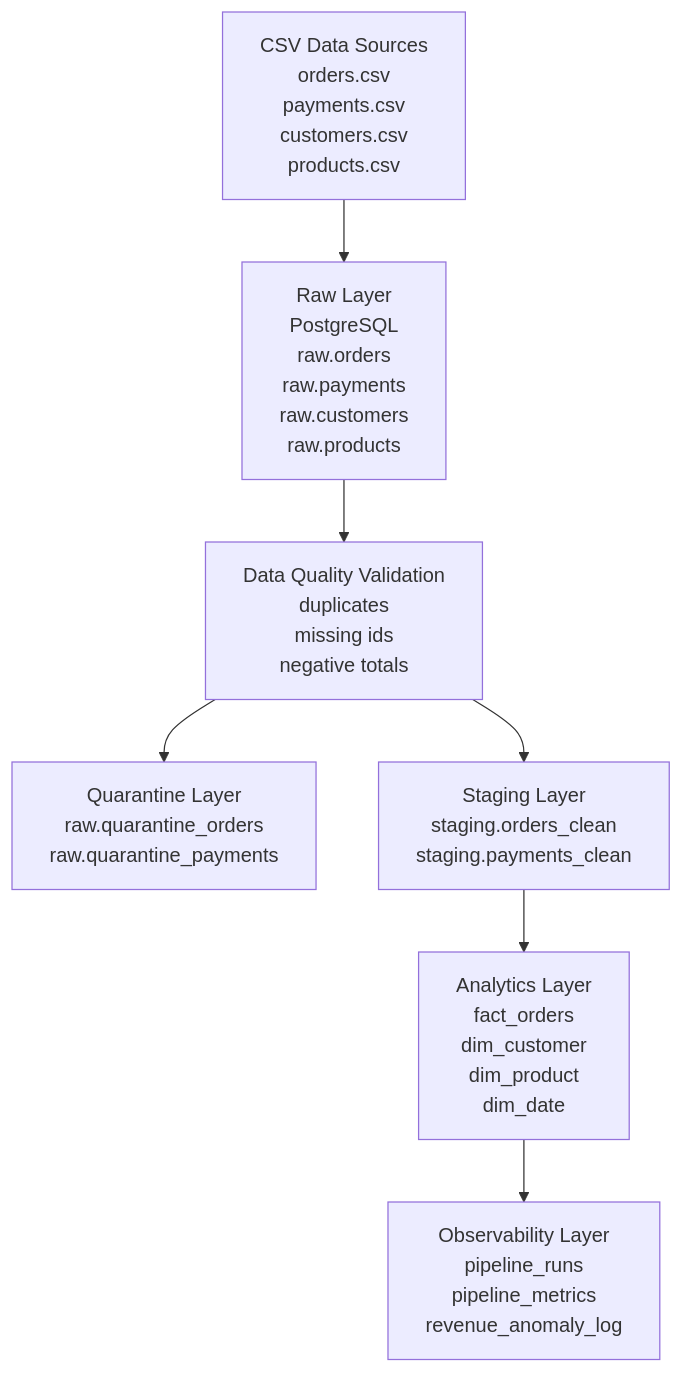
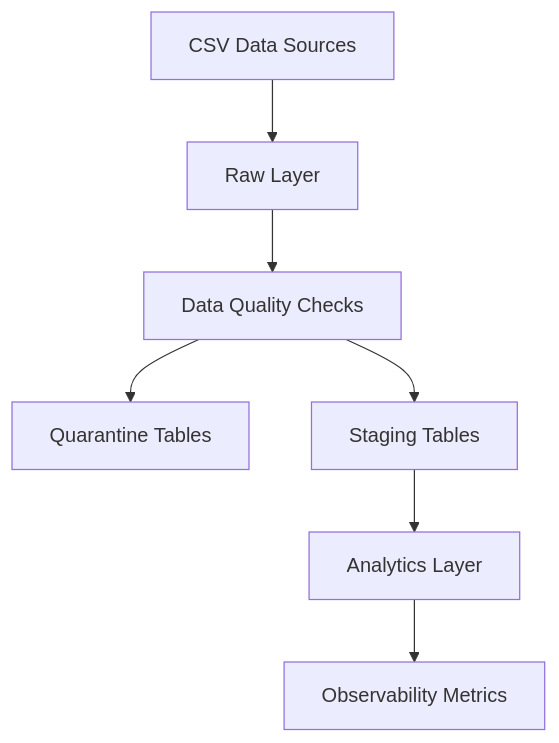
One commit to Deepika0110/ecommerce-data-engineering-pipeline changed the diagram in README.md. Above: the diagram before and after it, drawn with Mermaid. The commit also changed other lines of this file, not shown here.

Commit message:
Fix mermaid architecture rendering

````diff
--- a/README.md
+++ b/README.md
@@ -78,17 +78,17 @@
 ```mermaid
 flowchart TD
-  A[CSV Data Sources<br/>orders.csv<br/>payments.csv<br/>customers.csv<br/>products.csv]
-  B[Raw Layer<br/>PostgreSQL<br/>raw.orders<br/>raw.payments<br/>raw.customers<br/>raw.products]
-  C[Data Quality Validation<br/>duplicates<br/>missing ids<br/>negative totals]
-  D[Quarantine Layer<br/>raw.quarantine_orders<br/>raw.quarantine_payments]
-  E[Staging Layer<br/>staging.orders_clean<br/>staging.payments_clean]
-  F[Analytics Layer<br/>fact_orders<br/>dim_customer<br/>dim_product<br/>dim_date]
-  G[Observability Layer<br/>pipeline_runs<br/>pipeline_metrics<br/>revenue_anomaly_log]
+  A[CSV Data Sources]
+  B[Raw Layer]
+  C[Data Quality Checks]
+  D[Quarantine Tables]
+  E[Staging Tables]
+  F[Analytics Layer]
+  G[Observability Metrics]
 
   A --> B
   B --> C
   C --> D
   C --> E
   E --> F
   F --> G
 ```
````
